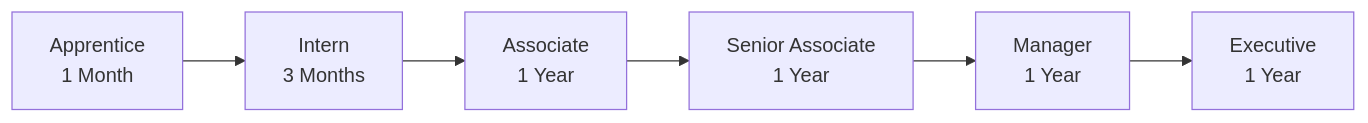
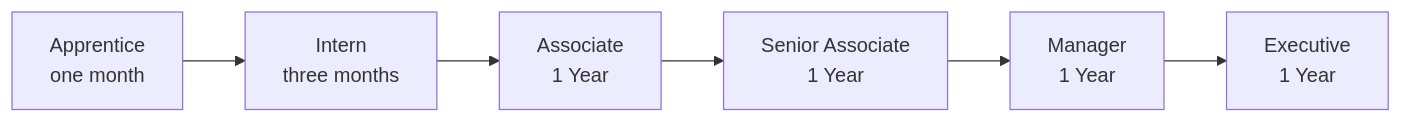
Diagram 12 of 18 in README.md (RIAHPathway/Website), drawn with Mermaid before and after one commit. The commit also changed other lines of this file and 9 other files, not shown here.

````diff
--- a/README.md
+++ b/README.md
@@ -442,8 +442,8 @@
 ```mermaid
 flowchart LR
-    A[Apprentice<br>1 Month] --> B[Intern<br>3 Months]
+    A[Apprentice<br>one month] --> B[Intern<br>three months]
     B --> C[Associate<br>1 Year]
     C --> D[Senior Associate<br>1 Year]
     D --> E[Manager<br>1 Year]
     E --> F[Executive<br>1 Year]
 ```
````
